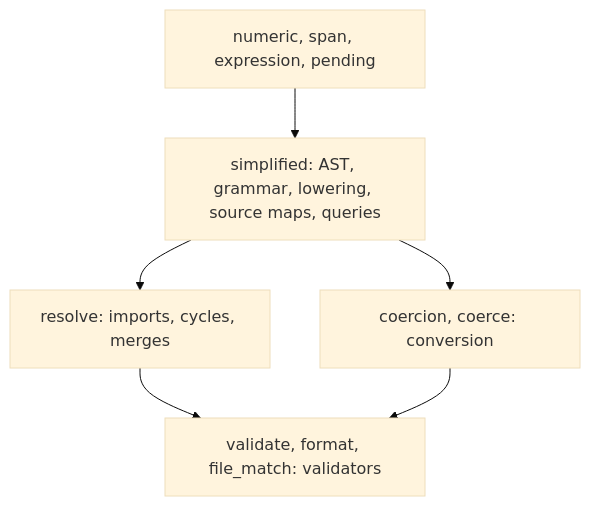
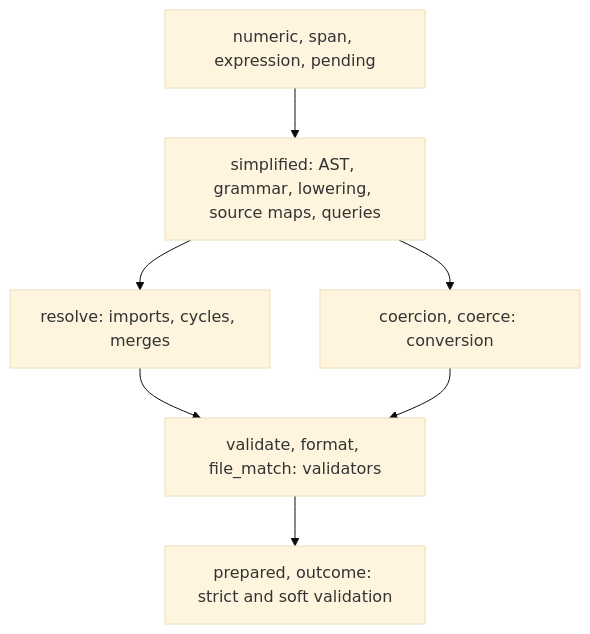
The diagram in simplified-schema/docs/topics/language-core.md (yankeeinlondon/rusty-biscuit), drawn with Mermaid (base theme) before and after one commit. The commit also changed other lines of this file and 14 other files, not shown here.

First line of the commit message:
refactor(simplified-schema): add prepared strict and soft validation

````diff
--- a/simplified-schema/docs/topics/language-core.md
+++ b/simplified-schema/docs/topics/language-core.md
@@ -22,13 +22,15 @@
 ```mermaid
 flowchart TD
     foundations["numeric, span, expression, pending"]
     simplified["simplified: AST, grammar, lowering, source maps, queries"]
     resolve["resolve: imports, cycles, merges"]
     coercion["coercion, coerce: conversion"]
     validate["validate, format, file_match: validators"]
+    prepared["prepared, outcome: strict and soft validation"]
     foundations --> simplified
     simplified --> resolve
     simplified --> coercion
     resolve --> validate
     coercion --> validate
+    validate --> prepared
 ```
````
